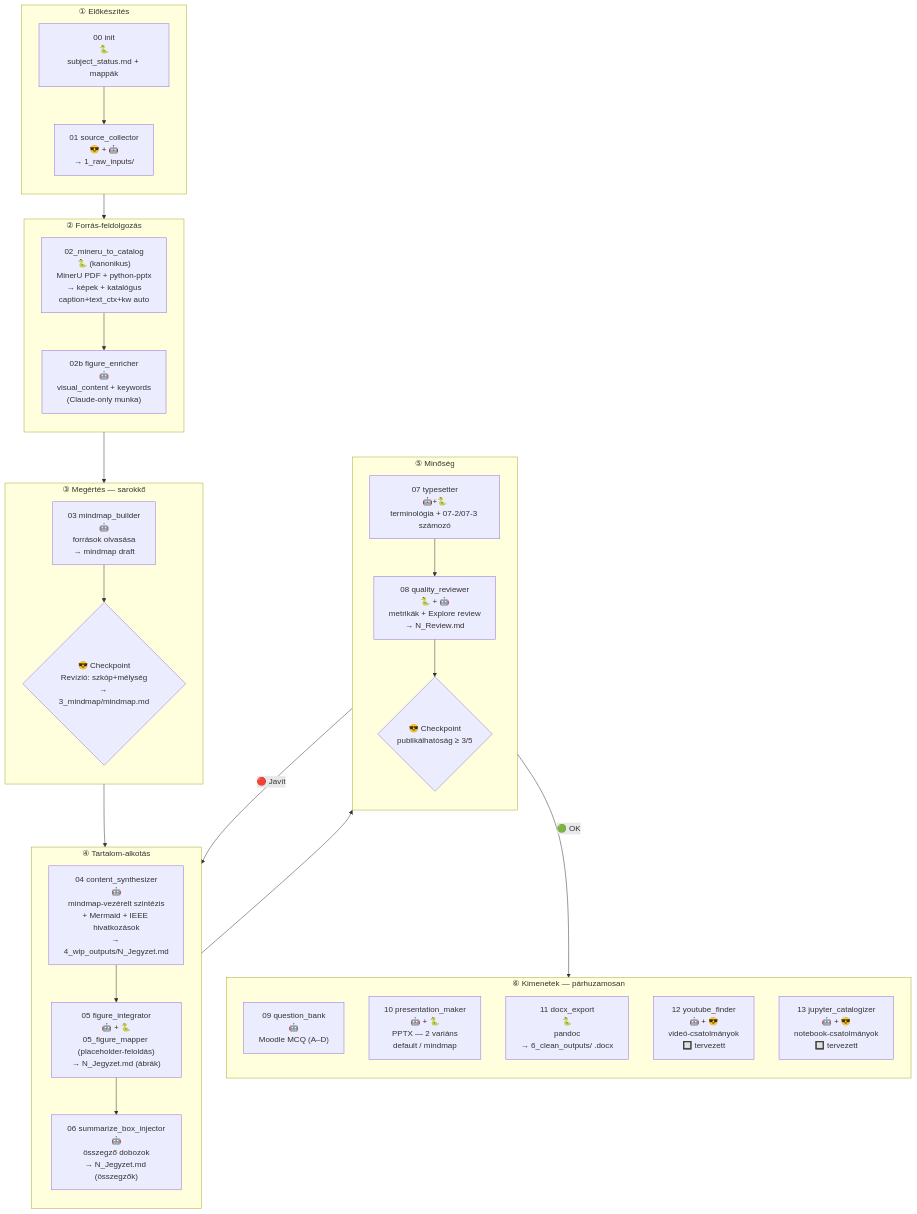
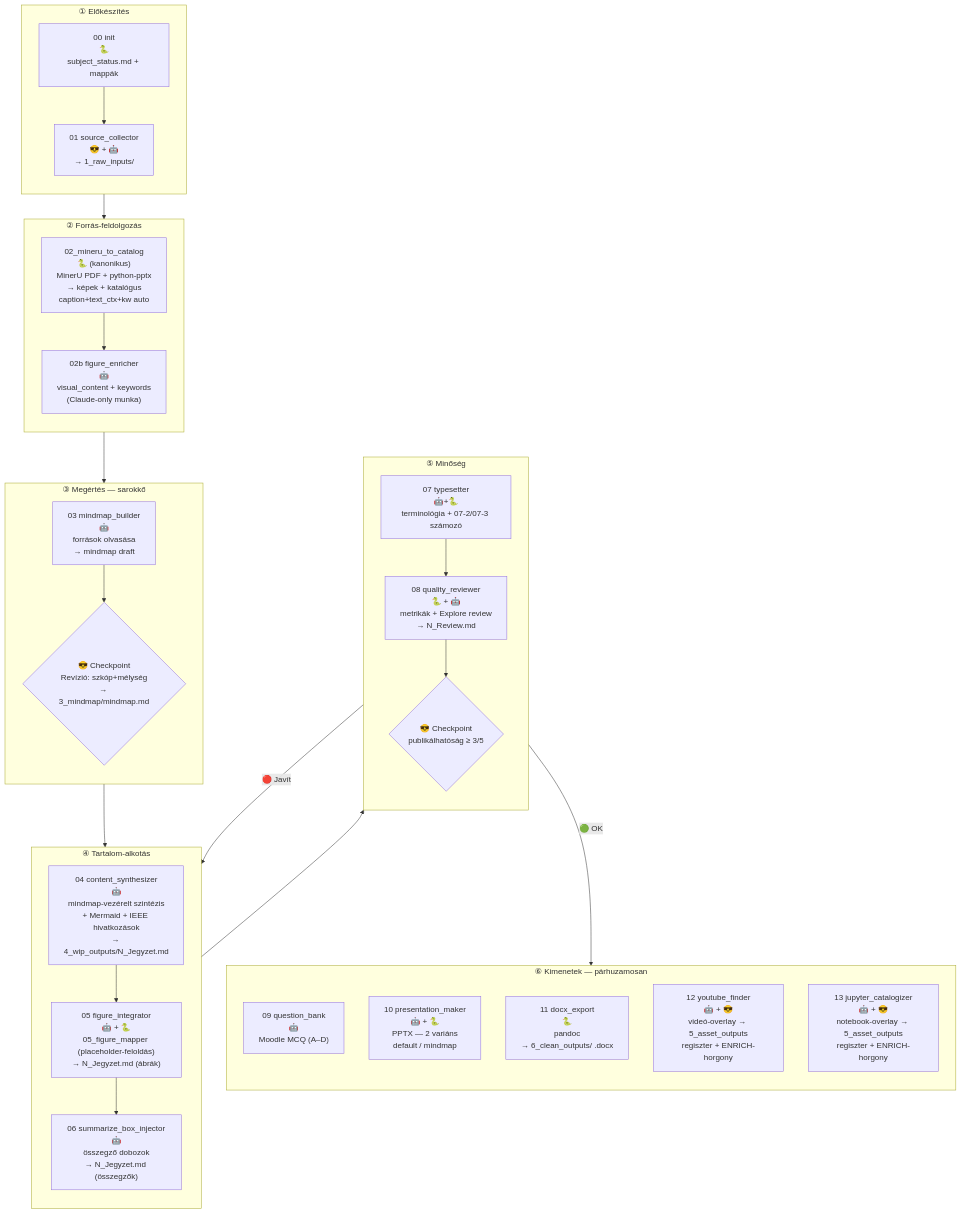
Before and after one commit to InutilemMachina/claude_course: the diagram in .claude/pipeline.md, drawn with Mermaid. The commit also changed other lines of this file and 3 other files, not shown here.

First line of the commit message:
feat(12/13): overlay+regiszter modell véglegesítése (P2.6, 9. döntés)

````diff
--- a/.claude/pipeline.md
+++ b/.claude/pipeline.md
@@ -56,52 +56,52 @@
 ```mermaid
 flowchart TD
     subgraph INIT["① Előkészítés"]
         direction TB
         I0["00 init<br>🐍<br>subject_status.md + mappák"]
         I1["01 source_collector<br>😎 + 🤖<br>→ 1_raw_inputs/"]
         I0 --> I1
     end
 
     subgraph EXT["② Forrás-feldolgozás"]
         direction TB
         E1m["02_mineru_to_catalog<br>🐍 (kanonikus)<br>MinerU PDF + python-pptx<br>→ képek + katalógus<br>caption+text_ctx+kw auto"]
         E2["02b figure_enricher<br>🤖<br>visual_content + keywords<br>(Claude-only munka)"]
         E1m --> E2
     end
 
     subgraph UNDERSTAND["③ Megértés — sarokkő"]
         direction TB
         U1["03 mindmap_builder<br>🤖<br>források olvasása<br>→ mindmap draft"]
         U2{"😎 Checkpoint<br>Revízió: szkóp+mélység<br>→ 3_mindmap/mindmap.md"}
         U1 --> U2
     end
 
     subgraph CREATE["④ Tartalom-alkotás"]
         direction TB
         C1["04 content_synthesizer<br>🤖<br>mindmap-vezérelt szintézis<br>+ Mermaid + IEEE hivatkozások<br>→ 4_wip_outputs/N_Jegyzet.md"]
         C2["05 figure_integrator<br>🤖 + 🐍<br>05_figure_mapper (placeholder-feloldás)<br>→ N_Jegyzet.md (ábrák)"]
         C3["06 summarize_box_injector<br>🤖<br>összegző dobozok<br>→ N_Jegyzet.md (összegzők)"]
         C1 --> C2 --> C3
     end
 
     subgraph QUALITY["⑤ Minőség"]
         direction TB
         Q1["07 typesetter<br>🤖+🐍<br>terminológia + 07-2/07-3 számozó"]
         Q2["08 quality_reviewer<br>🐍 + 🤖<br>metrikák + Explore review<br>→ N_Review.md"]
         Q3{"😎 Checkpoint<br>publikálhatóság ≥ 3/5"}
         Q1 --> Q2 --> Q3
     end
 
     subgraph OUTPUT["⑥ Kimenetek — párhuzamosan"]
         direction TB
         O1["09 question_bank<br>🤖<br>Moodle MCQ (A–D)"]
         O2["10 presentation_maker<br>🤖 + 🐍<br>PPTX — 2 variáns<br>default / mindmap"]
         O3["11 docx_export<br>🐍<br>pandoc<br>→ 6_clean_outputs/ .docx"]
-        O4["12 youtube_finder<br>🤖 + 😎<br>videó-csatolmányok<br>🔲 tervezett"]
-        O5["13 jupyter_catalogizer<br>🤖 + 😎<br>notebook-csatolmányok<br>🔲 tervezett"]
+        O4["12 youtube_finder<br>🤖 + 😎<br>videó-overlay → 5_asset_outputs<br>regiszter + ENRICH-horgony"]
+        O5["13 jupyter_catalogizer<br>🤖 + 😎<br>notebook-overlay → 5_asset_outputs<br>regiszter + ENRICH-horgony"]
     end
 
     INIT --> EXT --> UNDERSTAND --> CREATE --> QUALITY
     Q3 -->|"🟢 OK"| OUTPUT
     Q3 -->|"🔴 Javít"| CREATE
 ```
````
